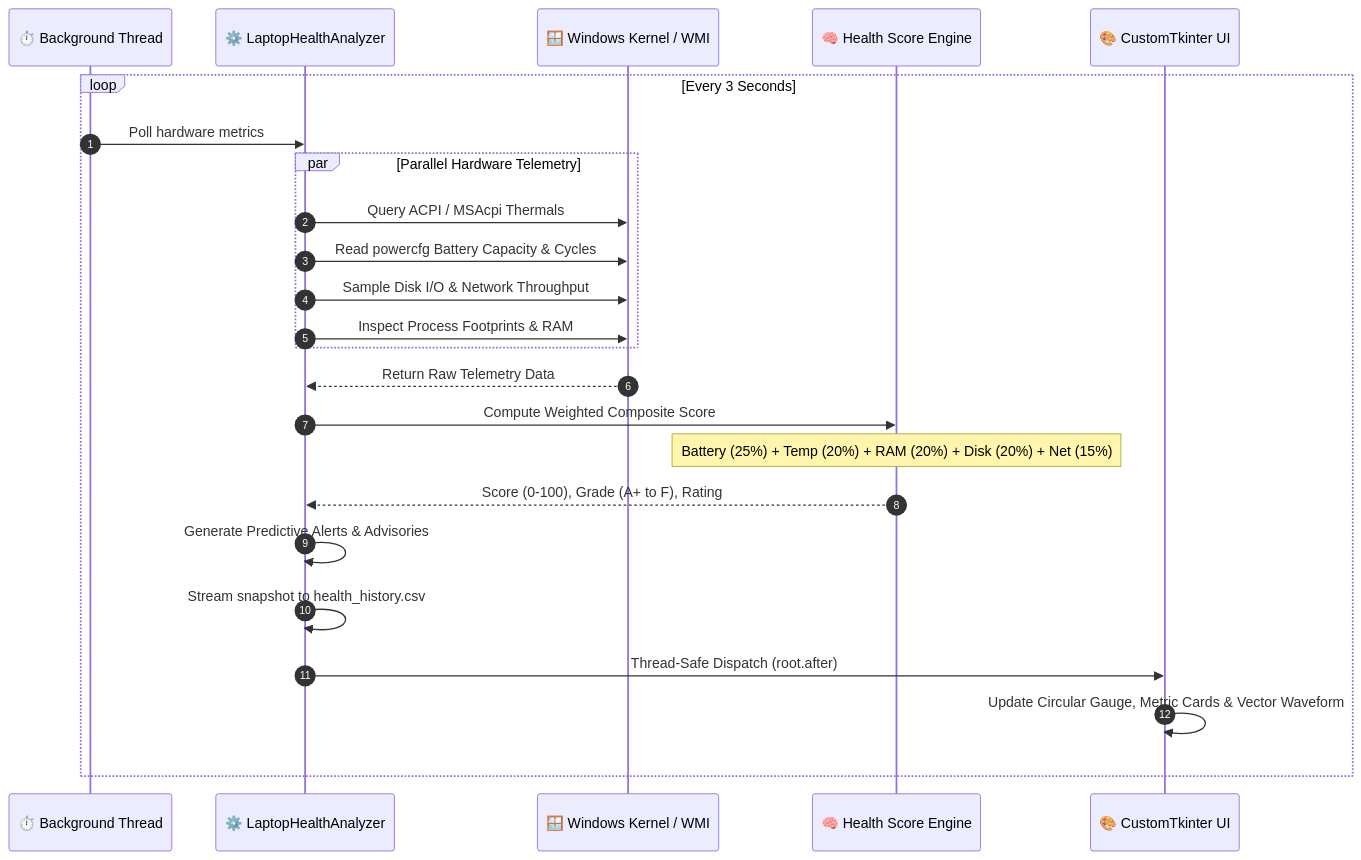
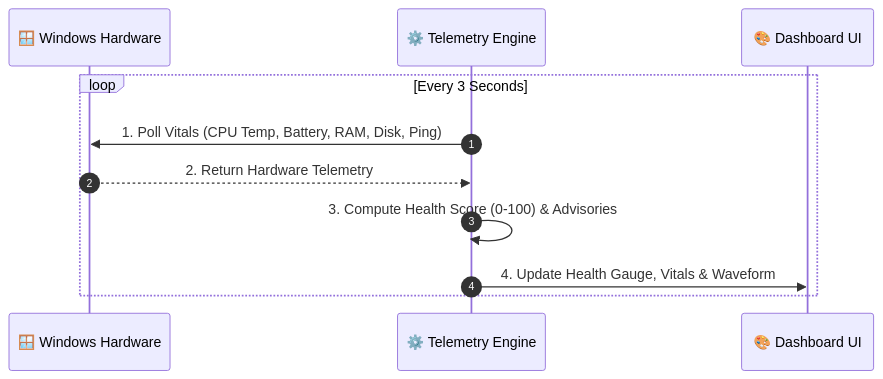
One commit to kailash6207/MobPulse changed the second of 3 diagrams in README.md. Above: the diagram before and after it, drawn with Mermaid. The commit also changed other lines of this file and 1 other file, not shown here.

Commit message:
Docs: Simplify architecture and telemetry workflow diagrams

````diff
--- a/README.md
+++ b/README.md
@@ -81,27 +31,14 @@
 ```mermaid
 sequenceDiagram
     autonumber
-    participant Poller as ⏱️ Background Thread
-    participant Analyzer as ⚙️ LaptopHealthAnalyzer
-    participant Kernel as 🪟 Windows Kernel / WMI
-    participant ScoreEngine as 🧠 Health Score Engine
-    participant GUI as 🎨 CustomTkinter UI
+    participant Kernel as 🪟 Windows Hardware
+    participant Engine as ⚙️ Telemetry Engine
+    participant GUI as 🎨 Dashboard UI
 
     loop Every 3 Seconds
-        Poller->>Analyzer: Poll hardware metrics
-        par Parallel Hardware Telemetry
-            Analyzer->>Kernel: Query ACPI / MSAcpi Thermals
-            Analyzer->>Kernel: Read powercfg Battery Capacity & Cycles
-            Analyzer->>Kernel: Sample Disk I/O & Network Throughput
-            Analyzer->>Kernel: Inspect Process Footprints & RAM
-        end
-        Kernel-->>Analyzer: Return Raw Telemetry Data
-        Analyzer->>ScoreEngine: Compute Weighted Composite Score
-        Note over ScoreEngine: Battery (25%) + Temp (20%) + RAM (20%) + Disk (20%) + Net (15%)
-        ScoreEngine-->>Analyzer: Score (0-100), Grade (A+ to F), Rating
-        Analyzer->>Analyzer: Generate Predictive Alerts & Advisories
-        Analyzer->>Analyzer: Stream snapshot to health_history.csv
-        Analyzer->>GUI: Thread-Safe Dispatch (root.after)
-        GUI->>GUI: Update Circular Gauge, Metric Cards & Vector Waveform
+        Engine->>Kernel: 1. Poll Vitals (CPU Temp, Battery, RAM, Disk, Ping)
+        Kernel-->>Engine: 2. Return Hardware Telemetry
+        Engine->>Engine: 3. Compute Health Score (0-100) & Advisories
+        Engine->>GUI: 4. Update Health Gauge, Vitals & Waveform
     end
 ```
````
